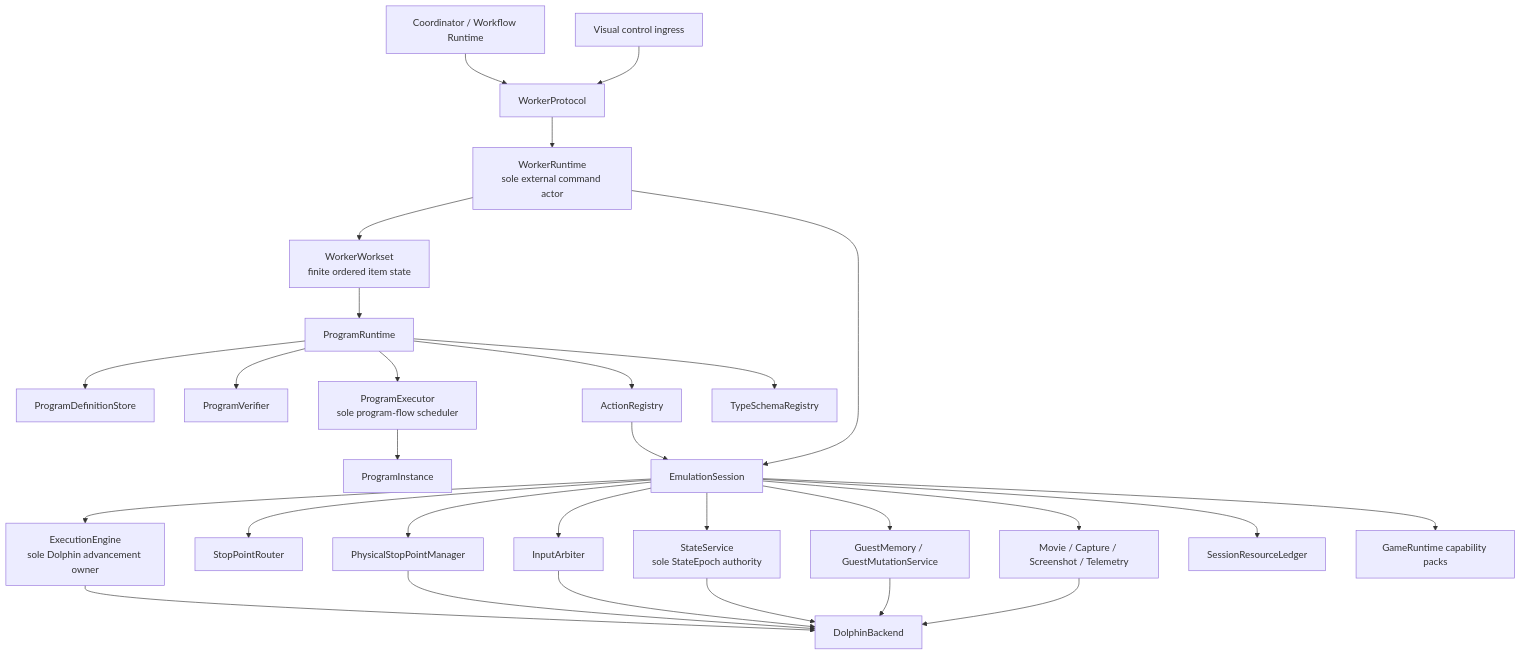
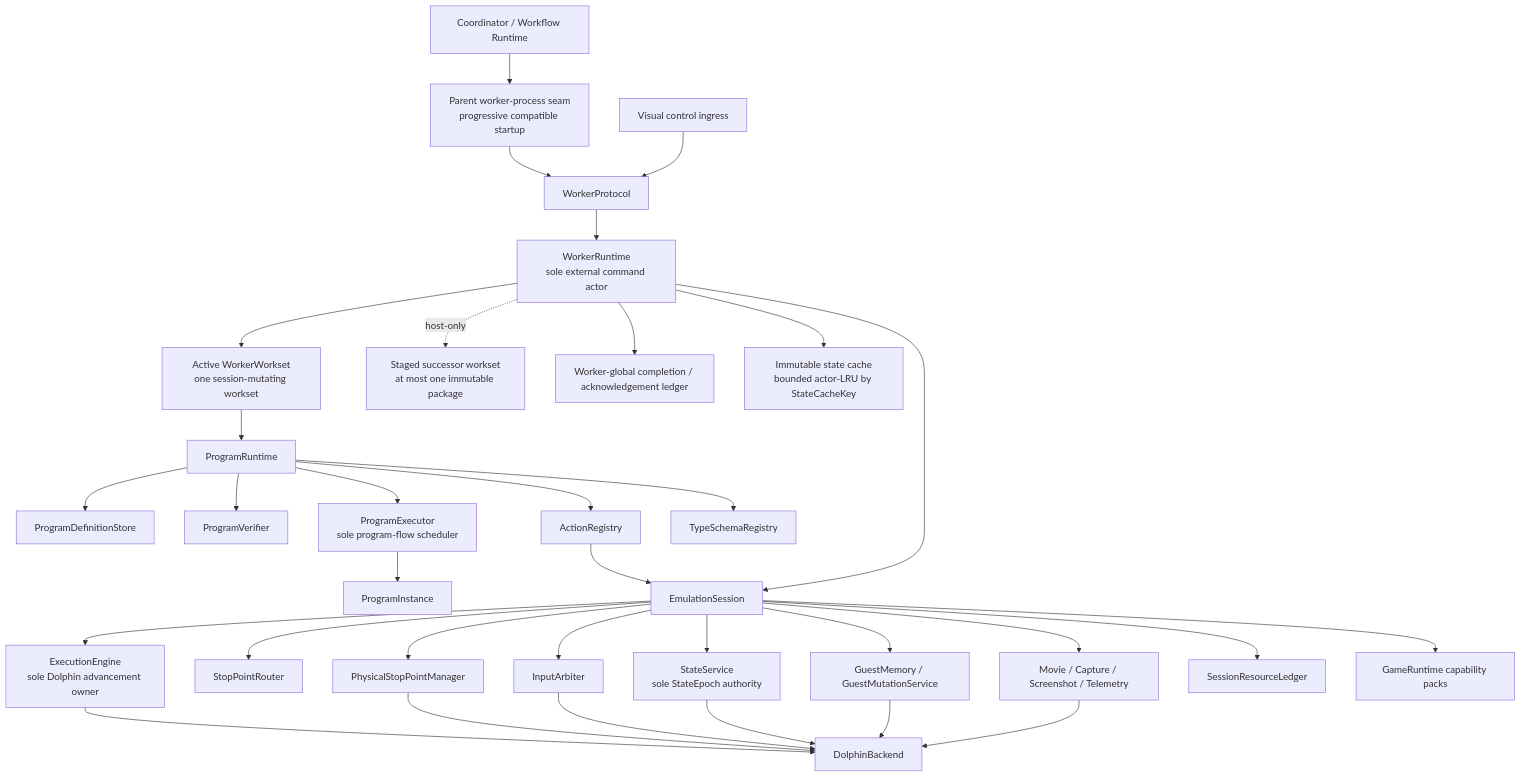
Before and after one commit to jahorta/SAVOR: the diagram in planning/ExecutionRuntime/02-target-execution-architecture.md, drawn with Mermaid. The commit also changed other lines of this file and 11 other files, not shown here.

Commit message:
Adopt pipelined workset architecture guidance

````diff
--- a/planning/ExecutionRuntime/02-target-execution-architecture.md
+++ b/planning/ExecutionRuntime/02-target-execution-architecture.md
@@ -99,33 +100,37 @@
 ```mermaid
 flowchart TD
-    CO["Coordinator / Workflow Runtime"] --> WP["WorkerProtocol"]
+    CO["Coordinator / Workflow Runtime"] --> PH["Parent worker-process seam<br/>progressive compatible startup"]
+    PH --> WP["WorkerProtocol"]
     VC["Visual control ingress"] --> WP
     WP --> WR["WorkerRuntime<br/>sole external command actor"]
 
-    WR --> WW["WorkerWorkset<br/>finite ordered item state"]
-    WW --> PR["ProgramRuntime"]
+    WR --> AW["Active WorkerWorkset<br/>one session-mutating workset"]
+    WR -. host-only .-> SW["Staged successor workset<br/>at most one immutable package"]
+    WR --> CL["Worker-global completion / acknowledgement ledger"]
+    WR --> SC["Immutable state cache<br/>bounded actor-LRU by StateCacheKey"]
+    AW --> PR["ProgramRuntime"]
     PR --> PDS["ProgramDefinitionStore"]
     PR --> PV["ProgramVerifier"]
     PR --> PE["ProgramExecutor<br/>sole program-flow scheduler"]
     PR --> AR["ActionRegistry"]
     PR --> TR["TypeSchemaRegistry"]
     PE --> PI["ProgramInstance"]
 
     WR --> ES["EmulationSession"]
     AR --> ES
     ES --> EE["ExecutionEngine<br/>sole Dolphin advancement owner"]
     ES --> SR["StopPointRouter"]
     ES --> PM["PhysicalStopPointManager"]
     ES --> IA["InputArbiter"]
     ES --> ST["StateService<br/>sole StateEpoch authority"]
     ES --> GM["GuestMemory / GuestMutationService"]
     ES --> MC["Movie / Capture / Screenshot / Telemetry"]
     ES --> RL["SessionResourceLedger"]
     ES --> GR["GameRuntime capability packs"]
     EE --> DB["DolphinBackend"]
     PM --> DB
     IA --> DB
     ST --> DB
     GM --> DB
     MC --> DB
 ```
````
